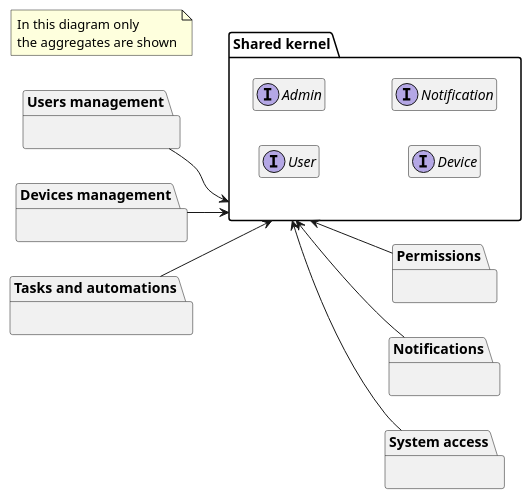
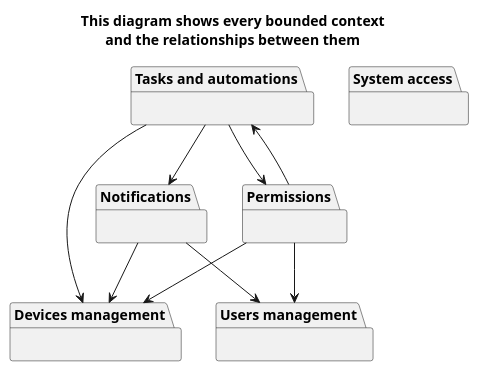
The diagram in diagrams/src/context-map.puml (DomoticASW/.github), drawn with PlantUML before and after one commit. The commit also changed 2 other files, not shown here.

Commit message:
add bounded contexts map

```diff
--- a/diagrams/src/context-map.puml
+++ b/diagrams/src/context-map.puml
@@ -1,43 +1,25 @@
 @startuml context-map
 
-left to right direction
 hide empty members
 
-note as AggregatesNote
-  In this diagram only
-  the aggregates are shown
-end note
- 
-package "Shared kernel" as Kernel {
-    interface User
-    interface Admin
-    interface Device
-    interface Notification
-}
-package "Users management" as Users {
+title
+  This diagram shows every bounded context
+  and the relationships between them
+end title
 
-}
-package "Devices management" as Devices {
-
-}
-package "Tasks and automations" as Tasks {
-
-}
-package "Permissions" {
-
-}
-package "Notifications" {
-
-}
-package "System access" as SystemAccess {
-    
-}
-
-Users --> Kernel
-Devices --> Kernel
-Tasks --> Kernel
-Permissions -u-> Kernel
-Notifications -u-> Kernel
-SystemAccess -u-> Kernel
+package "System access" as SystemAccess {}
+package "Users management" as Users {}
+package "Devices management" as Devices {}
+package "Tasks and automations" as Tasks {}
+Tasks -d-> Permissions
+Tasks --> Devices
+Tasks --> Notifications
+package "Permissions" {}
+Permissions --> Users
+Permissions -u-> Tasks
+Permissions --> Devices
+package "Notifications" {}
+Notifications --> Users
+Notifications --> Devices
 
 @enduml
```
